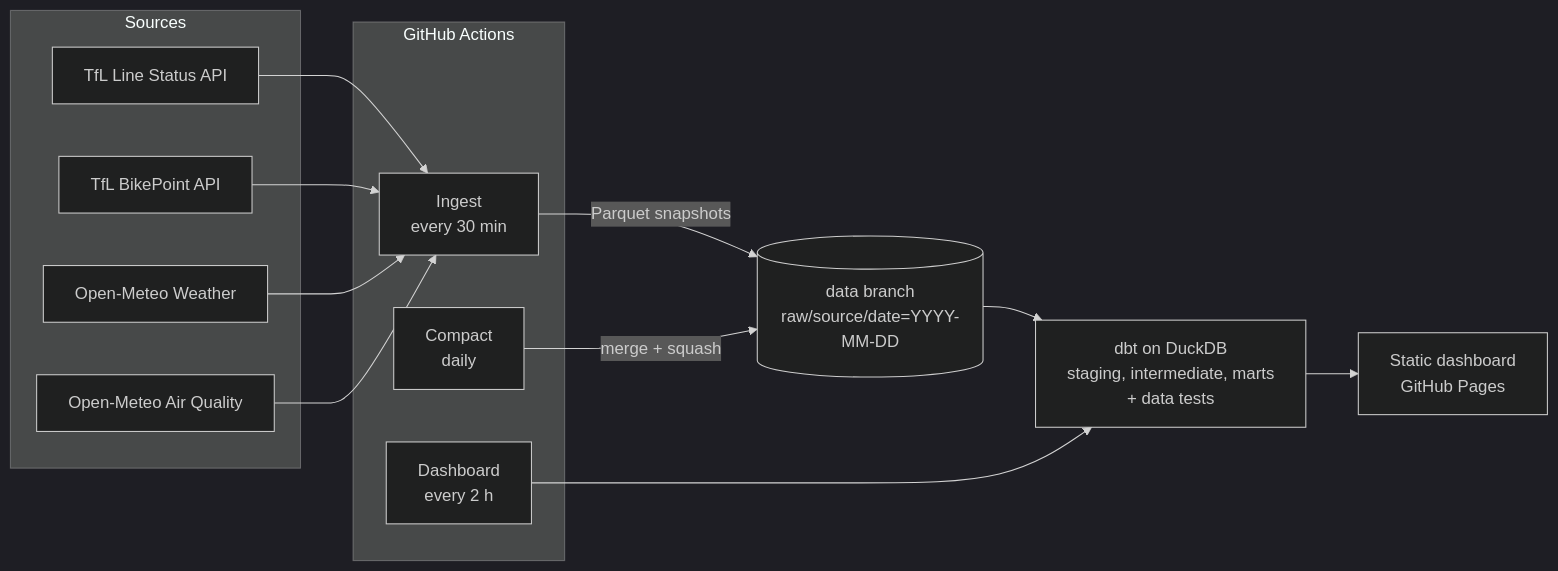
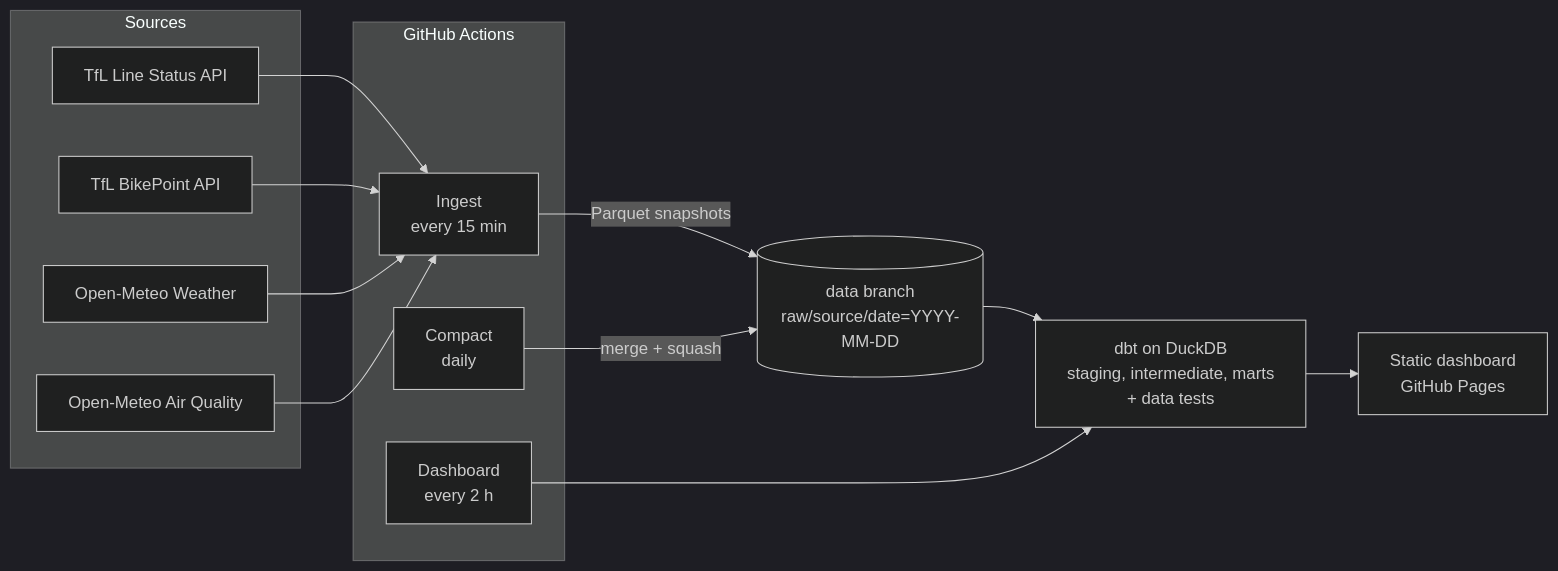
One commit to EgeErenler/london-pulse changed the diagram in README.md. Above: the diagram before and after it, drawn with Mermaid (dark theme). The commit also changed other lines of this file and 4 other files, not shown here.

````diff
--- a/README.md
+++ b/README.md
@@ -25,22 +25,22 @@
 ```mermaid
 flowchart LR
     subgraph Sources
         A[TfL Line Status API]
         B[TfL BikePoint API]
         C[Open-Meteo Weather]
         D[Open-Meteo Air Quality]
     end
 
     subgraph "GitHub Actions"
-        E["Ingest<br/>every 30 min"]
+        E["Ingest<br/>every 15 min"]
         F["Compact<br/>daily"]
         G["Dashboard<br/>every 2 h"]
     end
 
     A & B & C & D --> E
     E -->|Parquet snapshots| H[("data branch<br/>raw/source/date=YYYY-MM-DD")]
     F -->|merge + squash| H
     H --> I["dbt on DuckDB<br/>staging, intermediate, marts<br/>+ data tests"]
     G --> I
     I --> J["Static dashboard<br/>GitHub Pages"]
 ```
````
